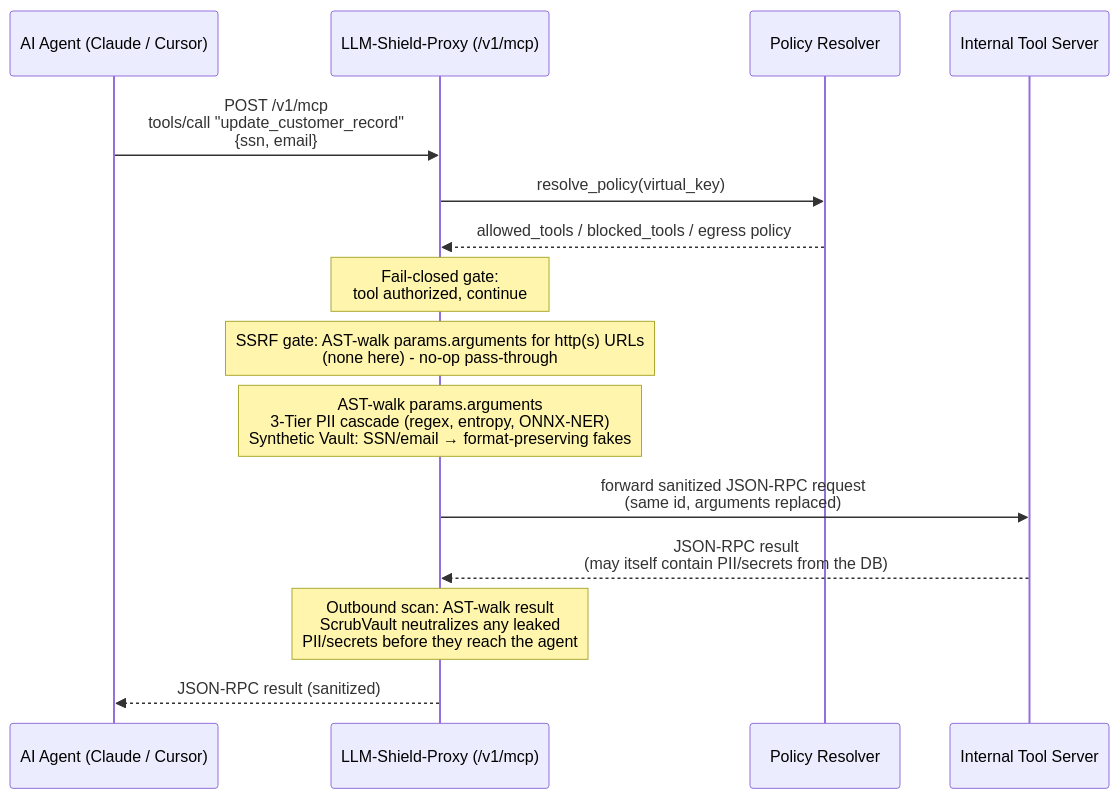
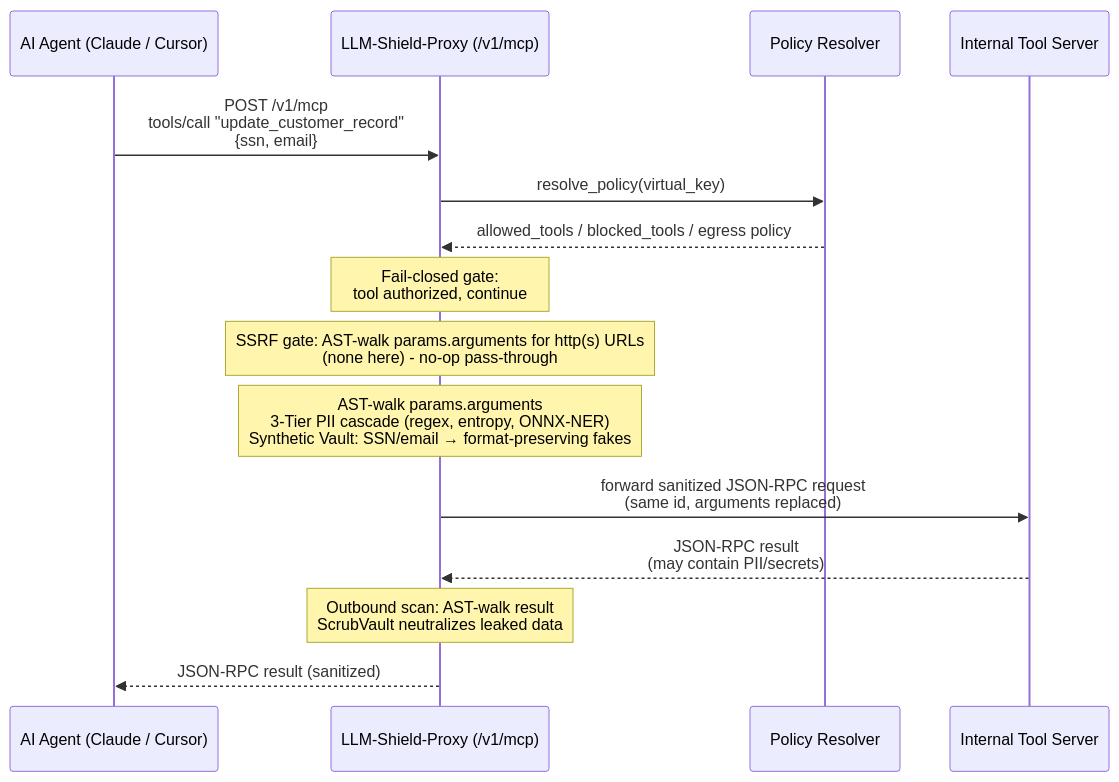
Before and after one commit to ninadphalak/LLM-Shield-Proxy: the first of 3 diagrams in website/docs/guides/mcp-tool-governance.md, drawn with Mermaid. The commit also changed other lines of this file and 94 other files, not shown here.

````diff
--- a/website/docs/guides/mcp-tool-governance.md
+++ b/website/docs/guides/mcp-tool-governance.md
@@ -35,19 +22,19 @@
 ```mermaid
 sequenceDiagram
     participant Agent as AI Agent (Claude / Cursor)
     participant Shield as LLM-Shield-Proxy (/v1/mcp)
     participant RBAC as Policy Resolver
     participant Tool as Internal Tool Server
 
     Agent->>Shield: POST /v1/mcp<br/>tools/call "update_customer_record"<br/>{ssn, email}
     Shield->>RBAC: resolve_policy(virtual_key)
     RBAC-->>Shield: allowed_tools / blocked_tools / egress policy
     Note over Shield: Fail-closed gate:<br/>tool authorized, continue
     Note over Shield: SSRF gate: AST-walk params.arguments for http(s) URLs<br/>(none here) - no-op pass-through
 
     Note over Shield: AST-walk params.arguments<br/>3-Tier PII cascade (regex, entropy, ONNX-NER)<br/>Synthetic Vault: SSN/email → format-preserving fakes
     Shield->>Tool: forward sanitized JSON-RPC request<br/>(same id, arguments replaced)
-    Tool-->>Shield: JSON-RPC result<br/>(may itself contain PII/secrets from the DB)
-    Note over Shield: Outbound scan: AST-walk result<br/>ScrubVault neutralizes any leaked<br/>PII/secrets before they reach the agent
+    Tool-->>Shield: JSON-RPC result<br/>(may contain PII/secrets)
+    Note over Shield: Outbound scan: AST-walk result<br/>ScrubVault neutralizes leaked data
     Shield-->>Agent: JSON-RPC result (sanitized)
 ```
````
